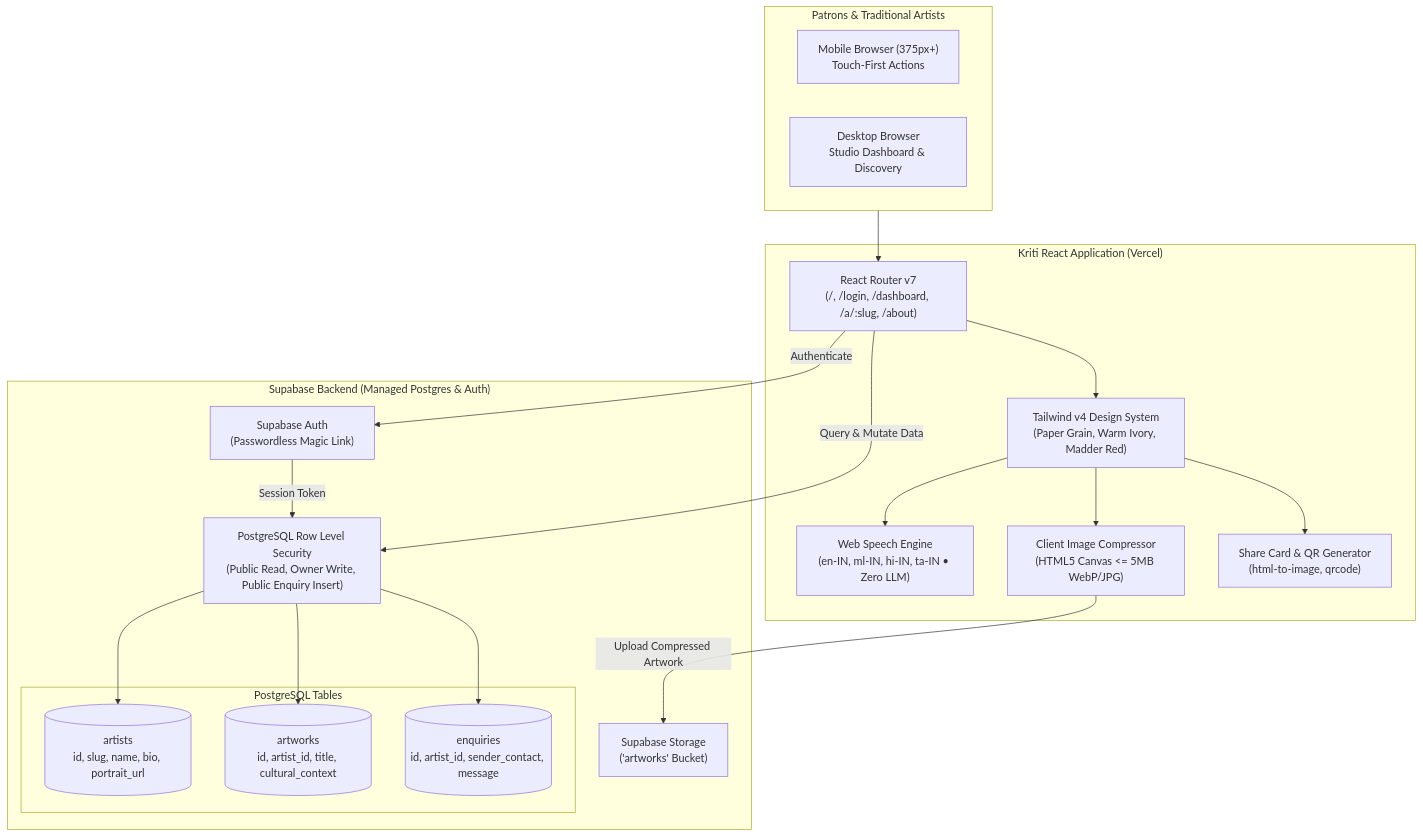
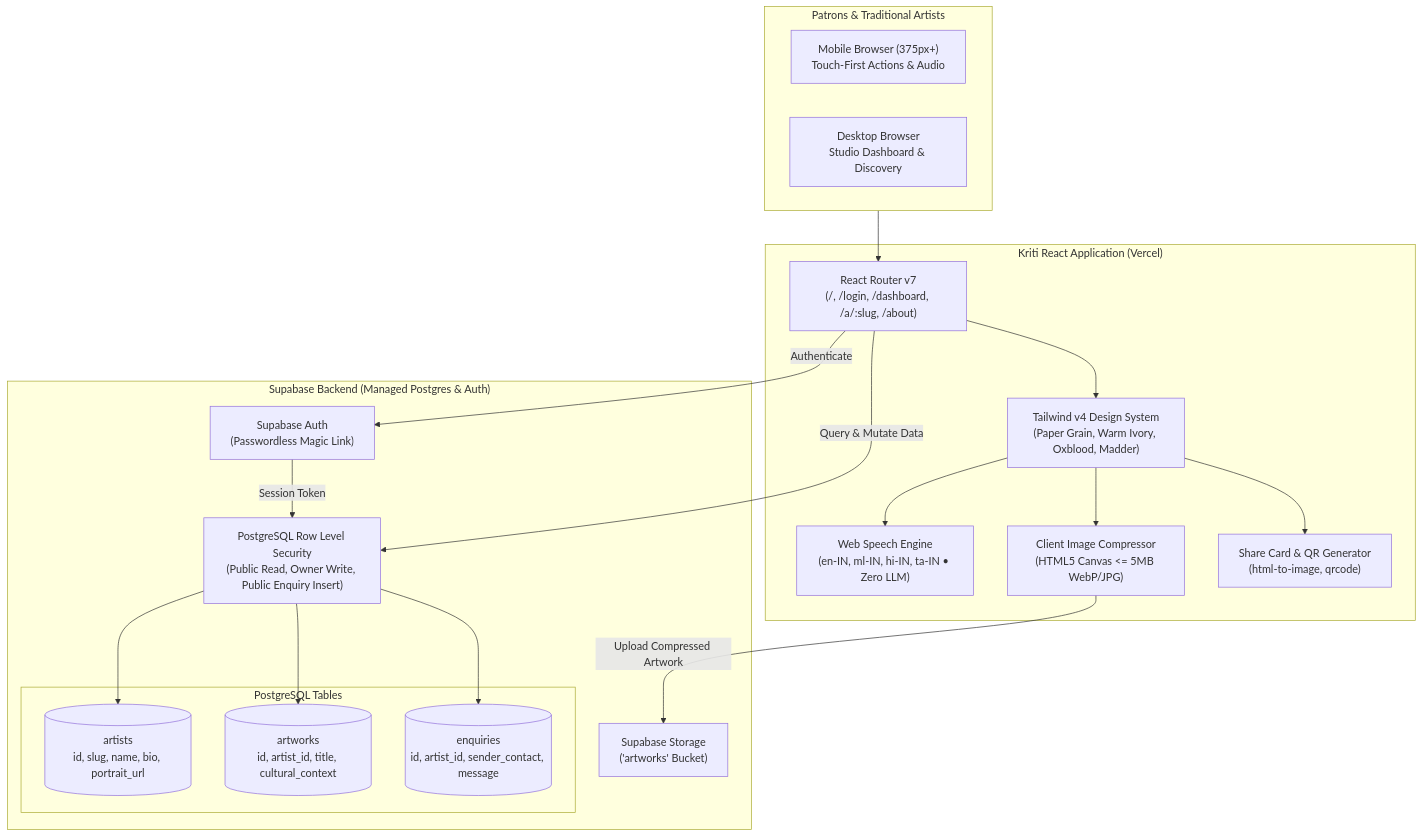
One commit to sarangikiranofficial/kriti changed the diagram in README.md. Above: the diagram before and after it, drawn with Mermaid. The commit also changed other lines of this file and 35 other files, not shown here.

````diff
--- a/README.md
+++ b/README.md
@@ -115,41 +126,41 @@
 ```mermaid
 flowchart TD
     subgraph UserClients ["Patrons & Traditional Artists"]
-        MobileClient["Mobile Browser (375px+)<br/>Touch-First Actions"]
+        MobileClient["Mobile Browser (375px+)<br/>Touch-First Actions & Audio"]
         DesktopClient["Desktop Browser<br/>Studio Dashboard & Discovery"]
     end
 
     subgraph FrontendApp ["Kriti React Application (Vercel)"]
         Router["React Router v7<br/>(/, /login, /dashboard, /a/:slug, /about)"]
-        DesignSys["Tailwind v4 Design System<br/>(Paper Grain, Warm Ivory, Madder Red)"]
+        DesignSys["Tailwind v4 Design System<br/>(Paper Grain, Warm Ivory, Oxblood, Madder)"]
         VoiceModule["Web Speech Engine<br/>(en-IN, ml-IN, hi-IN, ta-IN • Zero LLM)"]
         Compressor["Client Image Compressor<br/>(HTML5 Canvas &lt;= 5MB WebP/JPG)"]
         CardExporter["Share Card &amp; QR Generator<br/>(html-to-image, qrcode)"]
     end
 
     subgraph SupabasePlatform ["Supabase Backend (Managed Postgres &amp; Auth)"]
         AuthService["Supabase Auth<br/>(Passwordless Magic Link)"]
         RLS["PostgreSQL Row Level Security<br/>(Public Read, Owner Write, Public Enquiry Insert)"]
         StorageBucket["Supabase Storage<br/>('artworks' Bucket)"]
         
         subgraph DatabaseTables ["PostgreSQL Tables"]
             T_Artists[("artists<br/>id, slug, name, bio, portrait_url")]
             T_Artworks[("artworks<br/>id, artist_id, title, cultural_context")]
             T_Enquiries[("enquiries<br/>id, artist_id, sender_contact, message")]
         end
     end
 
     UserClients --> Router
     Router --> DesignSys
     DesignSys --> VoiceModule
     DesignSys --> Compressor
     DesignSys --> CardExporter
     
     Compressor -->|Upload Compressed Artwork| StorageBucket
     AuthService -->|Session Token| RLS
     Router -->|Authenticate| AuthService
     Router -->|Query &amp; Mutate Data| RLS
     RLS --> T_Artists
     RLS --> T_Artworks
     RLS --> T_Enquiries
 ```
````
